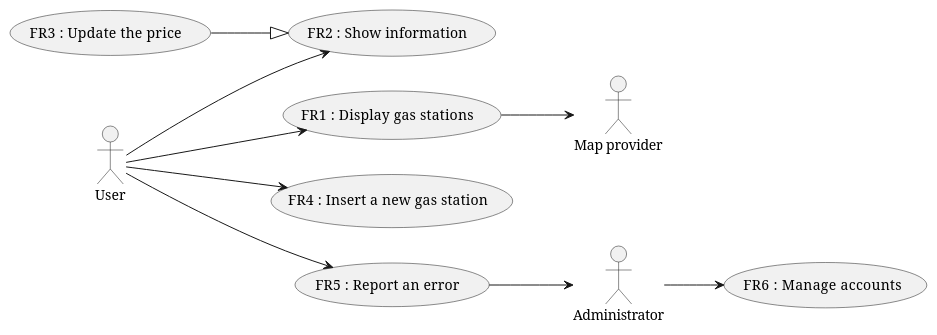
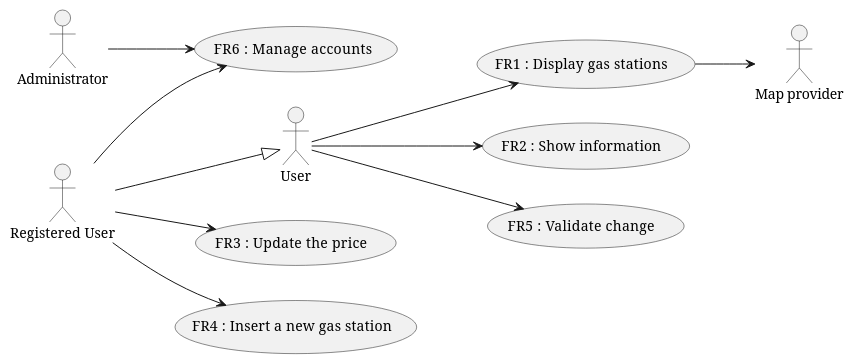
The second of 3 diagrams in REQ_s276315.md (SoftengPoliTo/Lab2), drawn with PlantUML before and after one commit. The commit also changed other lines of this file, not shown here.

````diff
--- a/REQ_s276315.md
+++ b/REQ_s276315.md
@@ -95,22 +96,24 @@
 ```plantuml
 left to right direction
 actor Administrator as a
+actor "Registered User" as r
 actor User as u 
 actor "Map provider" as m
 (FR1  :  Display gas stations ) as FR1  
 (FR2  :  Show information ) as FR2
 (FR3  :  Update the price ) as FR3
 (FR4  :  Insert a new gas station ) as FR4
-(FR5  :  Report an error ) as FR5
+(FR5  :  Validate change ) as FR5
 (FR6  :  Manage accounts) as FR6
 
 u --> FR1 
-FR1 -down-> m 
-u --> FR2  
-FR3 --|> FR2
-u --> FR4 
-u --> FR5 
-FR5 --> a 
+FR1 --> m 
+u --> FR2   
+u --> FR5  
 a --> FR6
+r --> FR6
+r --> FR3
+r --> FR4
+r --|> u
 
 ```
````
